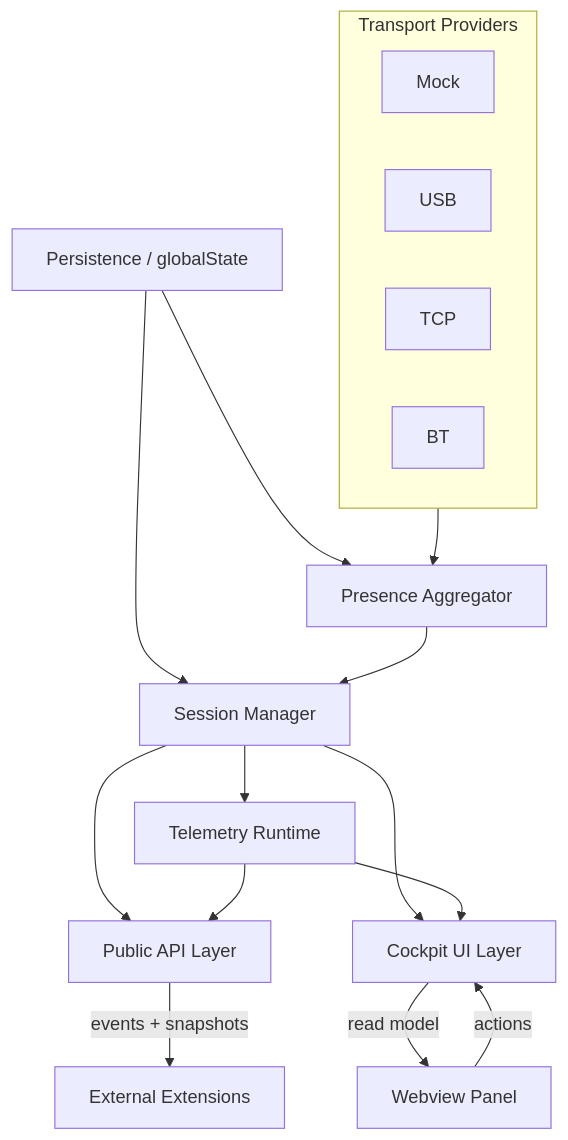
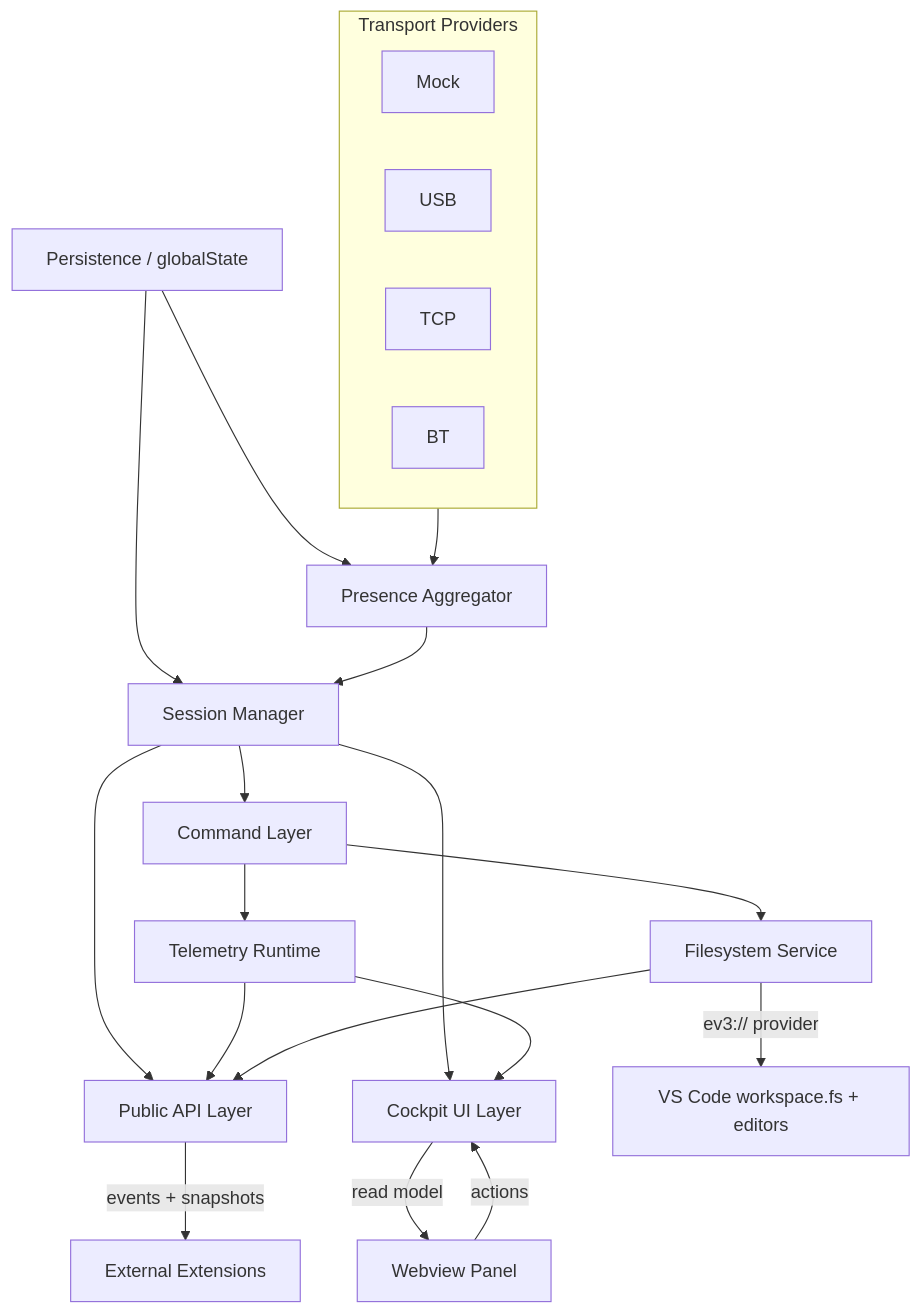
The first of 5 diagrams in DESIGN.md (99LevelsUp/ev3-cockpit), drawn with Mermaid before and after one commit. The commit also changed other lines of this file and 2 other files, not shown here.

Commit message:
docs: command layer and ev3:// ownership in the architecture

````diff
--- a/DESIGN.md
+++ b/DESIGN.md
@@ -93,30 +93,36 @@
 ```mermaid
 graph TD
     subgraph Providers["Transport Providers"]
         PM[Mock]
         PU[USB]
         PT[TCP]
         PB[BT]
     end
 
     PERS[Persistence / globalState]
 
     PA[Presence Aggregator]
     SM[Session Manager]
+    CMD[Command Layer]
     TM[Telemetry Runtime]
+    FS[Filesystem Service]
     API[Public API Layer]
     UI[Cockpit UI Layer]
 
     Providers --> PA
     PERS --> PA
     PERS --> SM
     PA --> SM
-    SM --> TM
+    SM --> CMD
+    CMD --> TM
+    CMD --> FS
     SM --> API
     TM --> API
+    FS --> API
+    FS -->|ev3:// provider| VSC[VS Code workspace.fs + editors]
     SM --> UI
     TM --> UI
     API -->|events + snapshots| EXT[External Extensions]
     UI -->|read model| PANEL[Webview Panel]
     PANEL -->|actions| UI
 ```
````
